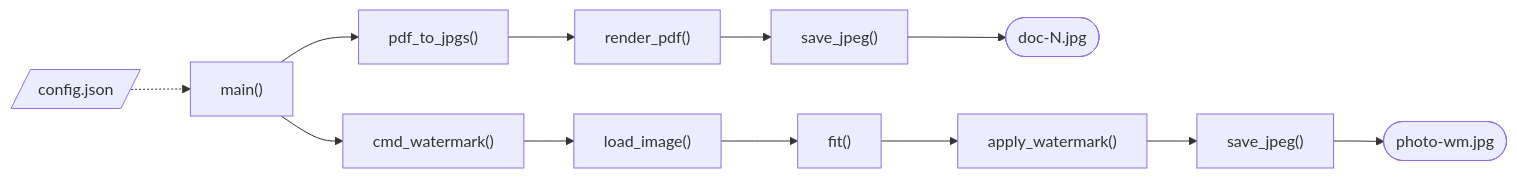
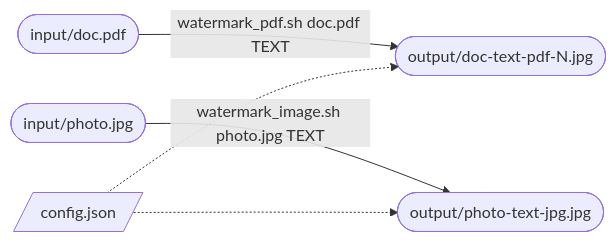
One commit to ecoologic/watermark changed the diagram in README.md. Above: the diagram before and after it, drawn with Mermaid. The commit also changed other lines of this file and 9 other files, not shown here.

First line of the commit message:
feat: input and output folders, watermark text argument, file metadata

````diff
--- a/README.md
+++ b/README.md
@@ -63,6 +5,7 @@
 ```mermaid
 flowchart LR
-    cfg[/"config.json"/] -.-> main["main()"]
-    main --> pdf["pdf_to_jpgs()"] --> render["render_pdf()"] --> save1["save_jpeg()"] --> out1(["doc-N.jpg"])
-    main --> cmd["cmd_watermark()"] --> load["load_image()"] --> fit["fit()"] --> mark["apply_watermark()"] --> save2["save_jpeg()"] --> out2(["photo-wm.jpg"])
+    in(["input/doc.pdf"]) -->|"watermark_pdf.sh doc.pdf TEXT"| out(["output/doc-text-pdf-N.jpg"])
+    in2(["input/photo.jpg"]) -->|"watermark_image.sh photo.jpg TEXT"| out2(["output/photo-text-jpg.jpg"])
+    cfg[/"config.json"/] -.-> out
+    cfg -.-> out2
 ```
````
